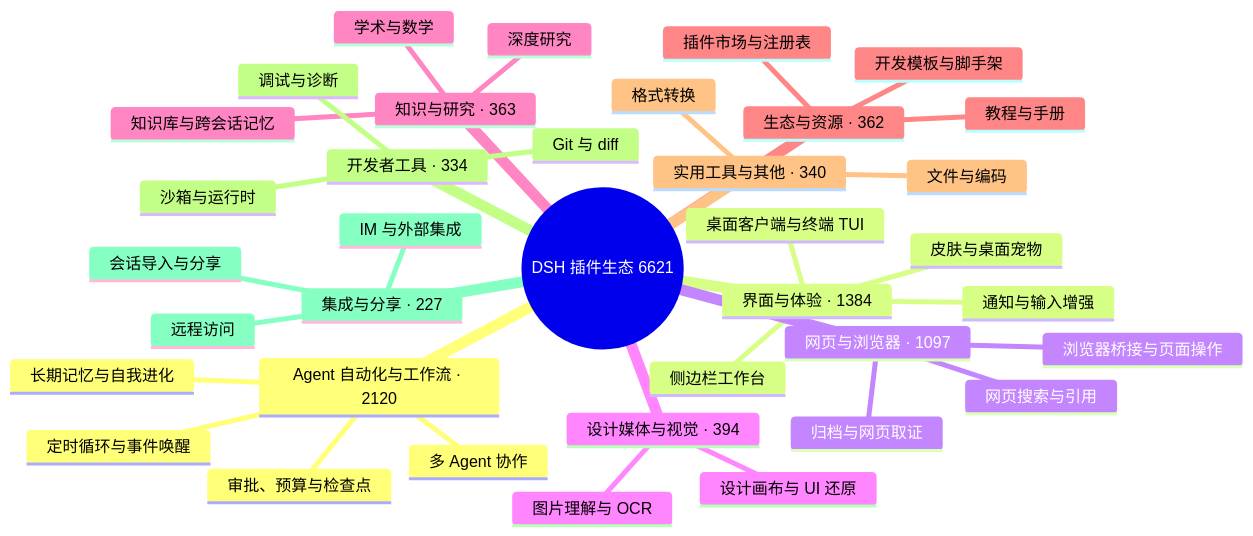
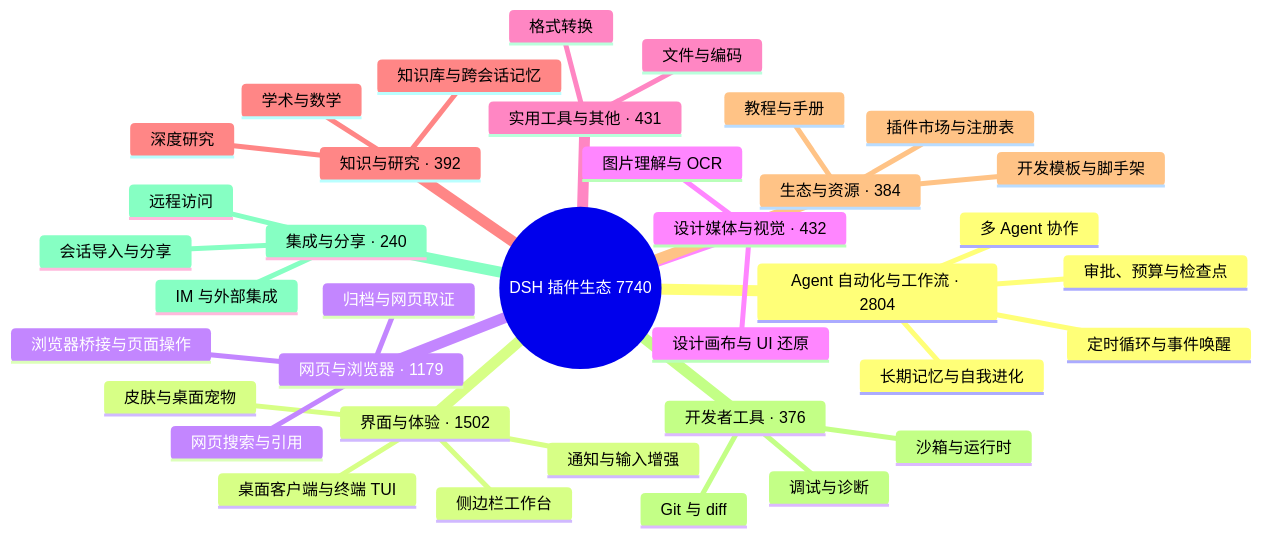
The diagram in README.md (bruc3van/awesome-dsh-plugin), drawn with Mermaid before and after one commit. The commit also changed other lines of this file and 9 other files, not shown here.

````diff
--- a/README.md
+++ b/README.md
@@ -33,40 +33,40 @@
 ```mermaid
 mindmap
-  root((DSH 插件生态 6621))
-    Agent 自动化与工作流 · 2120
+  root((DSH 插件生态 7740))
+    Agent 自动化与工作流 · 2804
       定时循环与事件唤醒
       多 Agent 协作
       长期记忆与自我进化
       审批、预算与检查点
-    界面与体验 · 1384
+    界面与体验 · 1502
       桌面客户端与终端 TUI
       侧边栏工作台
       皮肤与桌面宠物
       通知与输入增强
-    网页与浏览器 · 1097
+    网页与浏览器 · 1179
       浏览器桥接与页面操作
       网页搜索与引用
       归档与网页取证
-    设计媒体与视觉 · 394
+    设计媒体与视觉 · 432
       图片理解与 OCR
       设计画布与 UI 还原
-    知识与研究 · 363
+    实用工具与其他 · 431
+      文件与编码
+      格式转换
+    知识与研究 · 392
       知识库与跨会话记忆
       深度研究
       学术与数学
-    生态与资源 · 362
+    生态与资源 · 384
       插件市场与注册表
       开发模板与脚手架
       教程与手册
-    实用工具与其他 · 340
-      文件与编码
-      格式转换
-    开发者工具 · 334
+    开发者工具 · 376
       Git 与 diff
       沙箱与运行时
       调试与诊断
-    集成与分享 · 227
+    集成与分享 · 240
       会话导入与分享
       远程访问
       IM 与外部集成
 ```
````
